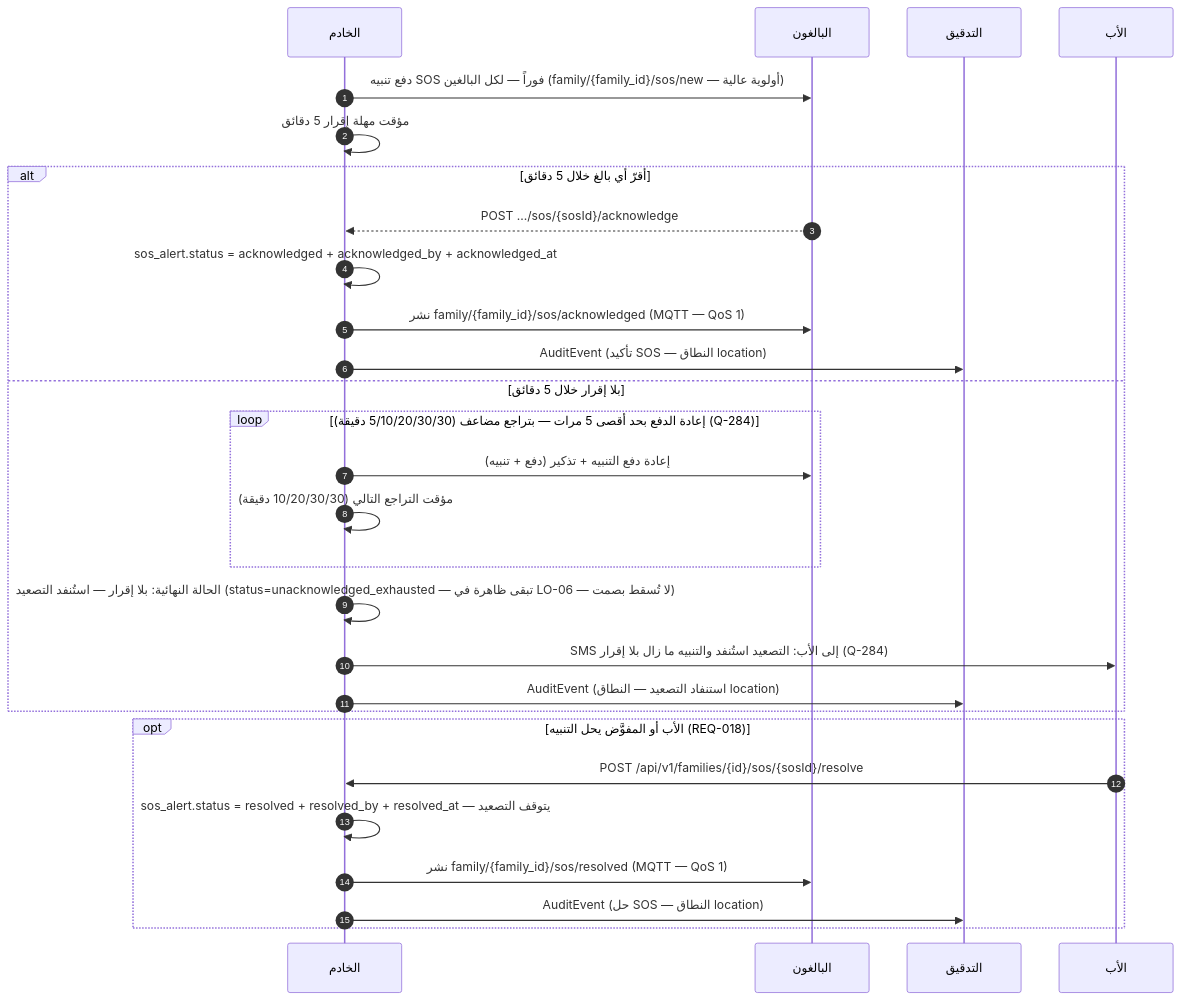
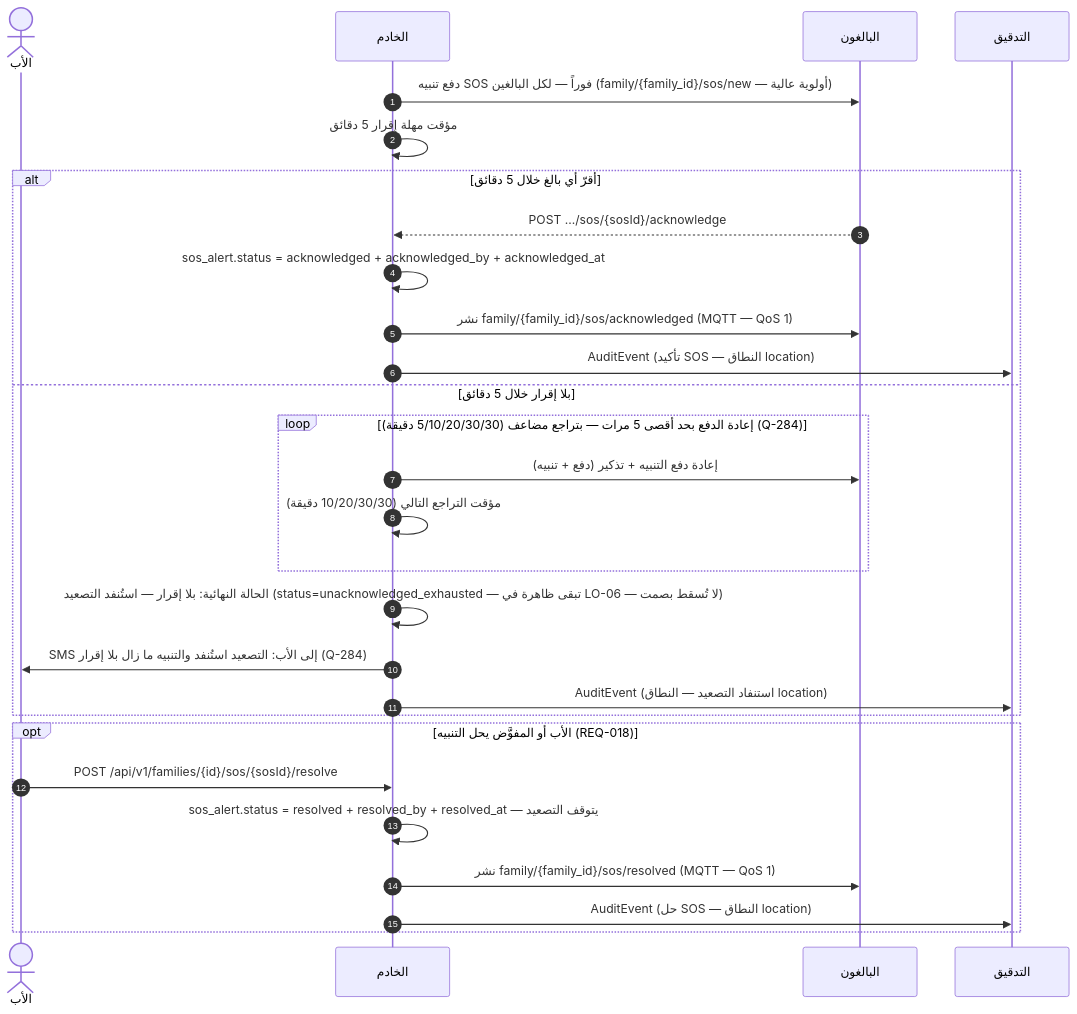
One commit to Bassam-mohammed-alqaeadi/family-os-v2 changed diagram 11 of 23 in docs/family-os/governance/phases/phase-1/S1-07-location-basic/DIAGRAMS.md. Above: the diagram before and after it, drawn with Mermaid. The commit also changed other lines of this file, not shown here.

````diff
--- a/docs/family-os/governance/phases/phase-1/S1-07-location-basic/DIAGRAMS.md
+++ b/docs/family-os/governance/phases/phase-1/S1-07-location-basic/DIAGRAMS.md
@@ -393,30 +453,30 @@
 ```mermaid
 sequenceDiagram
     autonumber
+    actor Father as الأب
     participant Ktor as الخادم
     participant Adults as البالغون
     participant Audit as التدقيق
-    participant Father as الأب
     Ktor->>Adults: دفع تنبيه SOS فوراً — لكل البالغين (family/{family_id}/sos/new — أولوية عالية)
     Ktor->>Ktor: مؤقت مهلة إقرار 5 دقائق
     alt أقرّ أي بالغ خلال 5 دقائق
         Adults-->>Ktor: POST .../sos/{sosId}/acknowledge
         Ktor->>Ktor: sos_alert.status = acknowledged + acknowledged_by + acknowledged_at
         Ktor->>Adults: نشر family/{family_id}/sos/acknowledged (MQTT — QoS 1)
         Ktor->>Audit: AuditEvent (تأكيد SOS — النطاق location)
     else بلا إقرار خلال 5 دقائق
         loop إعادة الدفع بحد أقصى 5 مرات — بتراجع مضاعف (5/10/20/30/30 دقيقة) (Q-284)
             Ktor->>Adults: إعادة دفع التنبيه + تذكير (دفع + تنبيه)
             Ktor->>Ktor: مؤقت التراجع التالي (10/20/30/30 دقيقة)
         end
         Ktor->>Ktor: الحالة النهائية: بلا إقرار — استُنفد التصعيد (status=unacknowledged_exhausted — تبقى ظاهرة في LO-06 — لا تُسقط بصمت)
         Ktor->>Father: SMS إلى الأب: التصعيد استُنفد والتنبيه ما زال بلا إقرار (Q-284)
         Ktor->>Audit: AuditEvent (استنفاد التصعيد — النطاق location)
     end
     opt الأب أو المفوَّض يحل التنبيه (REQ-018)
         Father->>Ktor: POST /api/v1/families/{id}/sos/{sosId}/resolve
         Ktor->>Ktor: sos_alert.status = resolved + resolved_by + resolved_at — يتوقف التصعيد
         Ktor->>Adults: نشر family/{family_id}/sos/resolved (MQTT — QoS 1)
         Ktor->>Audit: AuditEvent (حل SOS — النطاق location)
     end
 ```
````
